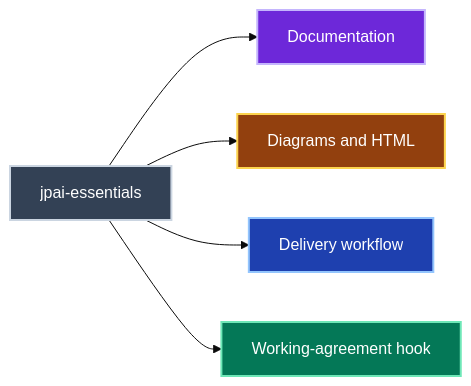
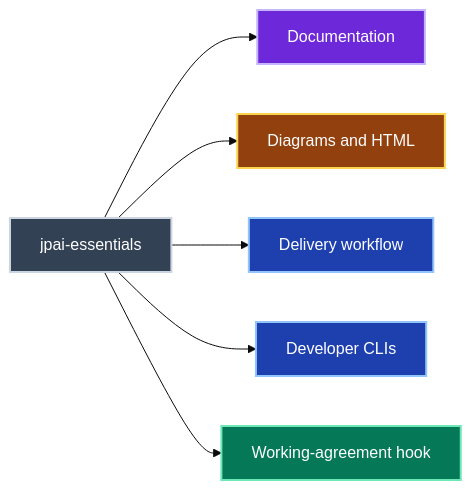
Before and after one commit to jpeakai/skills: the first of 2 diagrams in plugins/jpai-essentials/README.md, drawn with Mermaid (base theme). The commit also changed other lines of this file and 86 other files, not shown here.

````diff
--- a/plugins/jpai-essentials/README.md
+++ b/plugins/jpai-essentials/README.md
@@ -8,13 +8,14 @@
 ```mermaid
 flowchart LR
     P["jpai-essentials"]:::plugin
     P --> D["Documentation"]:::docs
     P --> V["Diagrams and HTML"]:::visual
     P --> W["Delivery workflow"]:::delivery
+    P --> CLI["Developer CLIs"]:::delivery
     P --> H["Working-agreement hook"]:::hook
     classDef plugin fill:#334155,stroke:#cbd5e1,color:#ffffff,stroke-width:2px
     classDef docs fill:#6d28d9,stroke:#c4b5fd,color:#ffffff,stroke-width:2px
     classDef visual fill:#92400e,stroke:#fcd34d,color:#ffffff,stroke-width:2px
     classDef delivery fill:#1e40af,stroke:#93c5fd,color:#ffffff,stroke-width:2px
     classDef hook fill:#047857,stroke:#6ee7b7,color:#ffffff,stroke-width:2px
 ```
````
